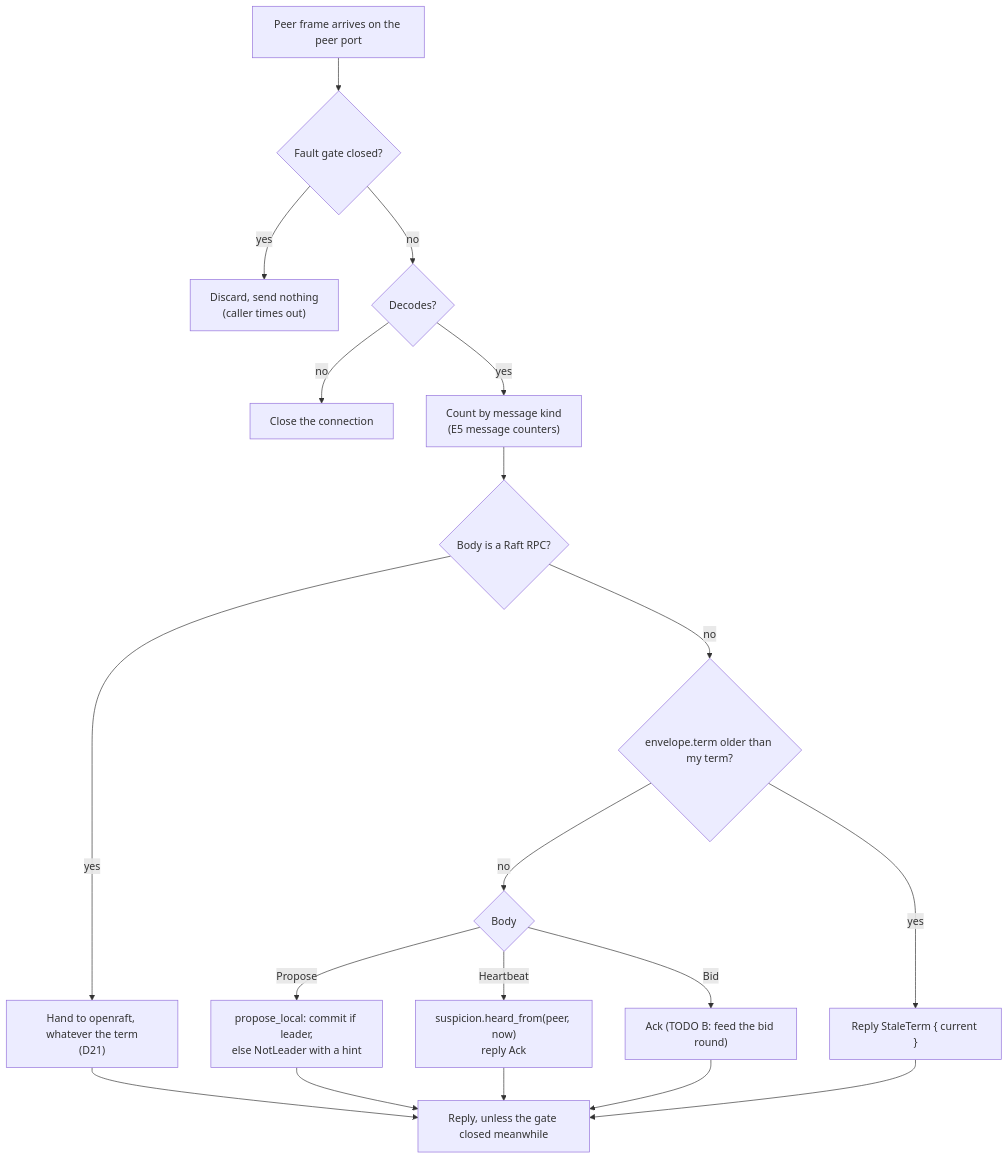
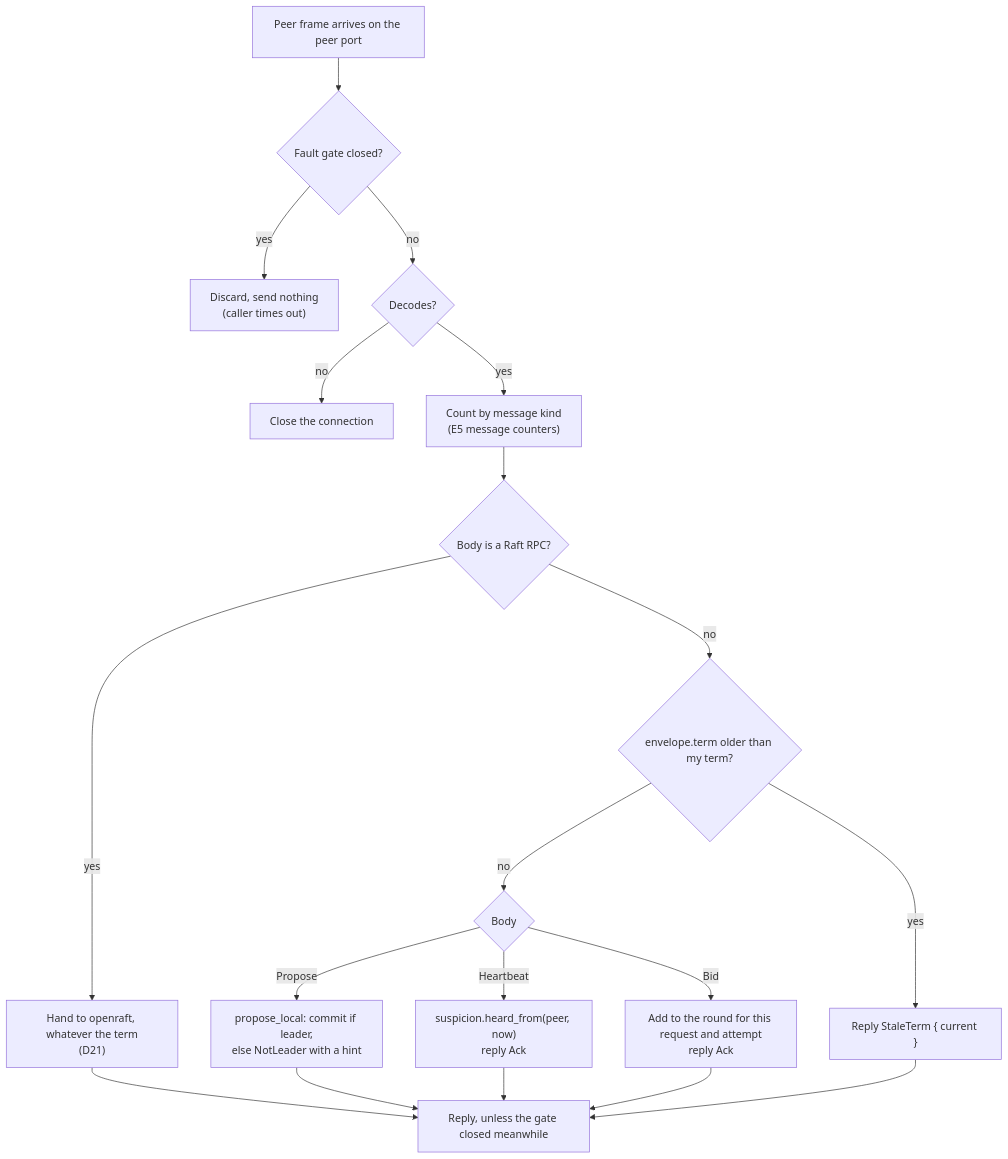
The sixth of 27 diagrams in docs/architecture.md (noortaytoy1/DistributedSystems), drawn with Mermaid before and after one commit. The commit also changed other lines of this file and 14 other files, not shown here.

````diff
--- a/docs/architecture.md
+++ b/docs/architecture.md
@@ -313,21 +314,21 @@
 ```mermaid
 flowchart TD
     IN["Peer frame arrives on the peer port"] --> G{"Fault gate closed?"}
     G -->|yes| DROP["Discard, send nothing<br/>(caller times out)"]
     G -->|no| DEC{"Decodes?"}
     DEC -->|no| CLOSE["Close the connection"]
     DEC -->|yes| COUNT["Count by message kind<br/>(E5 message counters)"]
     COUNT --> RAFTQ{"Body is a Raft RPC?"}
     RAFTQ -->|yes| OR["Hand to openraft, whatever the term<br/>(D21)"]
     RAFTQ -->|no| TERM{"envelope.term older than my term?"}
     TERM -->|yes| STALE["Reply StaleTerm { current }"]
     TERM -->|no| KIND{"Body"}
     KIND -->|Propose| PL["propose_local: commit if leader,<br/>else NotLeader with a hint"]
     KIND -->|Heartbeat| HB["suspicion.heard_from(peer, now)<br/>reply Ack"]
-    KIND -->|Bid| BID["Ack (TODO B: feed the bid round)"]
+    KIND -->|Bid| BID["Add to the round for this request and attempt<br/>reply Ack"]
     OR --> REPLY["Reply, unless the gate closed meanwhile"]
     PL --> REPLY
     HB --> REPLY
     BID --> REPLY
     STALE --> REPLY
 ```
````
